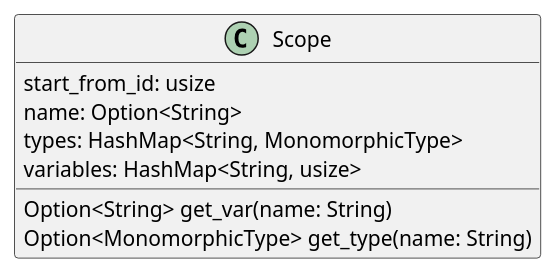
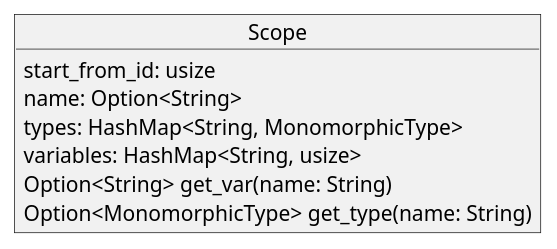
One commit to ITesserakt/Kodept changed the diagram in 04 - ВКРы/2023-2024 - Тема в разработке/src/plantuml/scope.puml. Above: the diagram before and after it, drawn with PlantUML. The commit also changed 18 other files, not shown here.

```diff
--- a/04 - ВКРы/2023-2024 - Тема в разработке/src/plantuml/scope.puml
+++ b/04 - ВКРы/2023-2024 - Тема в разработке/src/plantuml/scope.puml
@@ -1,14 +1,14 @@
 @startuml
 'https://plantuml.com/class-diagram
 
-class Scope {
+object Scope {
     start_from_id: usize
     name: Option<String>
     types: HashMap<String, MonomorphicType>
     variables: HashMap<String, usize>
 
     Option<String> get_var(name: String)
     Option<MonomorphicType> get_type(name: String)
 }
 
 @enduml
```
